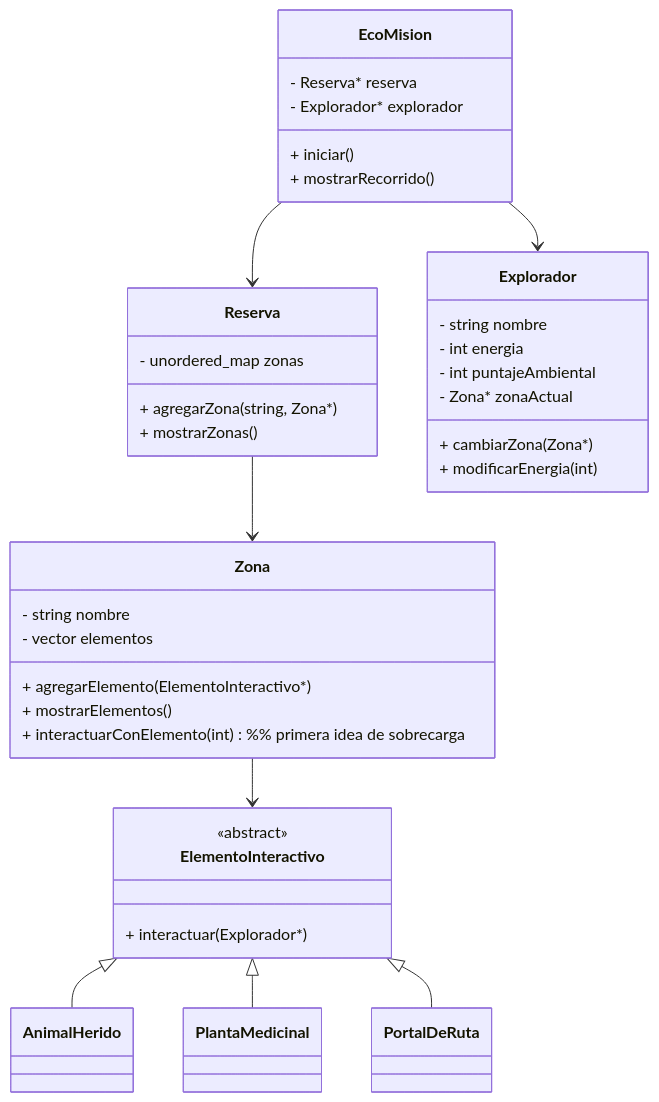
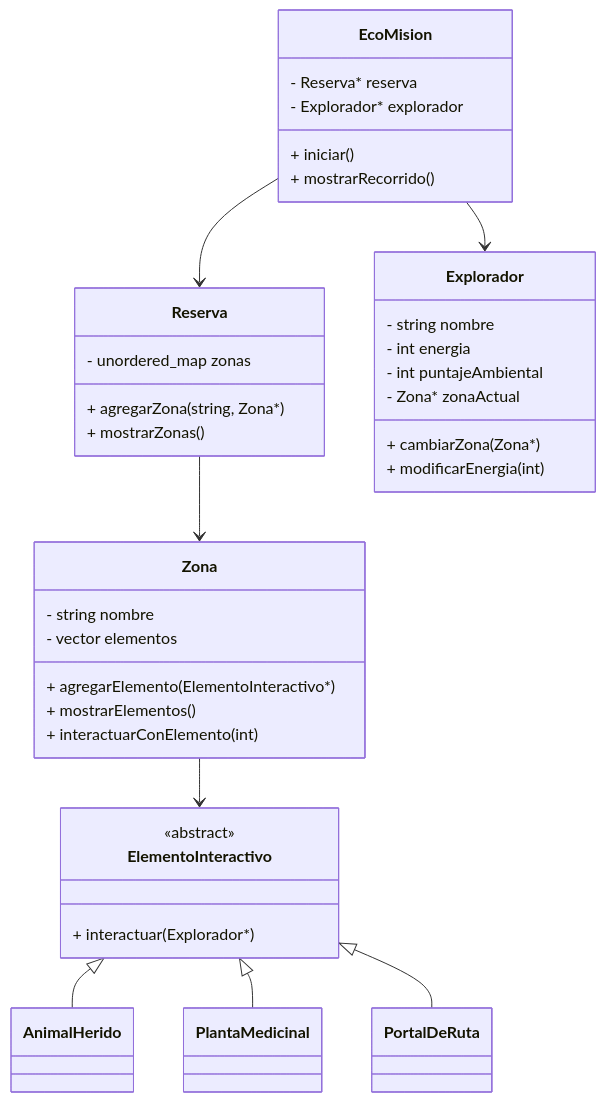
The second of 2 diagrams in docs/diseno.md (MineJuan/Proyecto_poo), drawn with Mermaid before and after one commit.

````diff
--- a/docs/diseno.md
+++ b/docs/diseno.md
@@ -47,46 +47,46 @@
 ```mermaid
 classDiagram
     class EcoMision {
         - Reserva* reserva
         - Explorador* explorador
         + iniciar()
         + mostrarRecorrido()
     }
 
     class Reserva {
         - unordered_map<string, Zona*> zonas
         + agregarZona(string, Zona*)
         + mostrarZonas()
     }
 
     class Zona {
         - string nombre
         - vector<ElementoInteractivo*> elementos
         + agregarElemento(ElementoInteractivo*)
         + mostrarElementos()
-        + interactuarConElemento(int) %% primera idea de sobrecarga
+        + interactuarConElemento(int) 
     }
 
     class Explorador {
         - string nombre
         - int energia
         - int puntajeAmbiental
         - Zona* zonaActual
         + cambiarZona(Zona*)
         + modificarEnergia(int)
     }
 
     class ElementoInteractivo {
         <<abstract>>
         + interactuar(Explorador*)
     }
 
     ElementoInteractivo <|-- AnimalHerido
     ElementoInteractivo <|-- PlantaMedicinal
     ElementoInteractivo <|-- PortalDeRuta
 
     EcoMision --> Reserva
     EcoMision --> Explorador
     Reserva --> Zona
     Zona --> ElementoInteractivo
 ```
````
